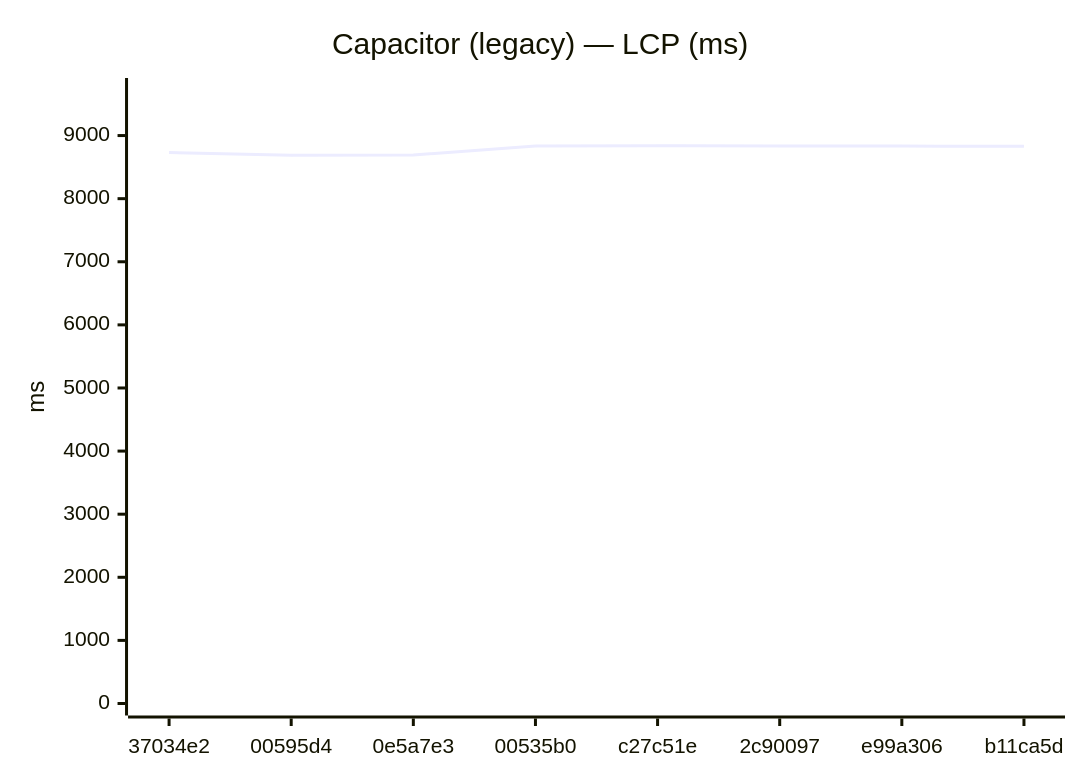
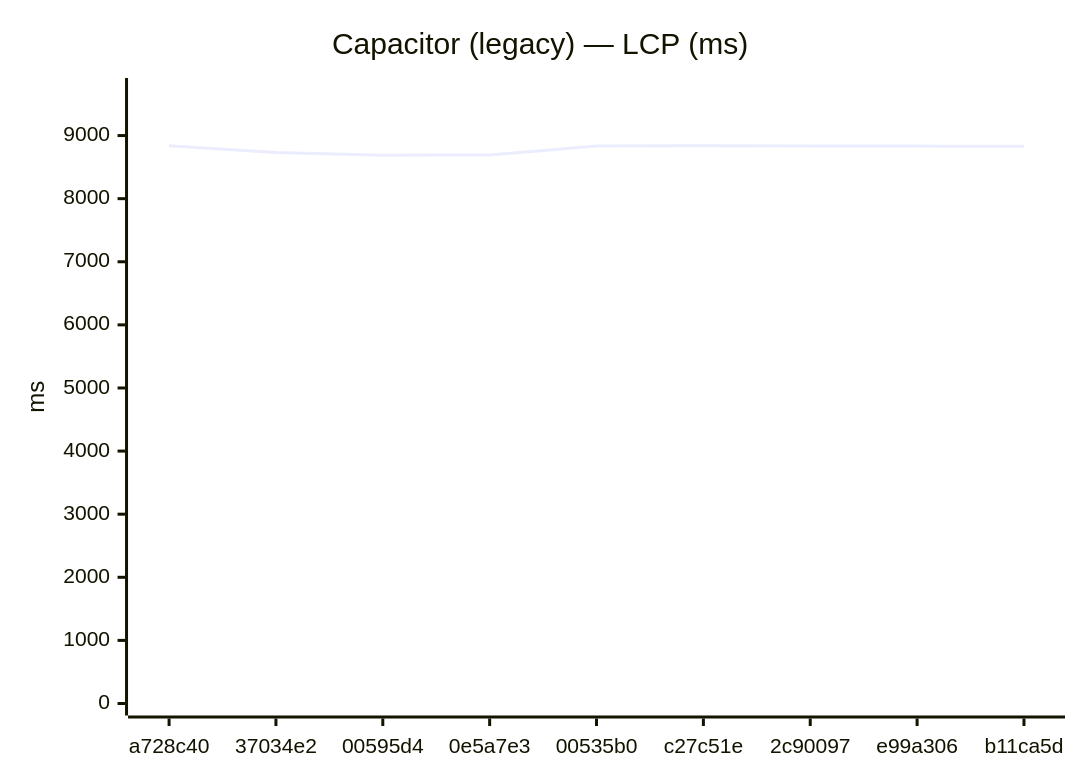
One commit to Metaheurist/Rianell changed the fifth of 24 diagrams in benchmarks/compare.md. Above: the diagram before and after it, drawn with Mermaid. The commit also changed other lines of this file and 12 other files, not shown here.

````diff
--- a/benchmarks/compare.md
+++ b/benchmarks/compare.md
@@ -78,7 +81,7 @@
 ```mermaid
 xychart-beta
     title "Capacitor (legacy) — LCP (ms)"
-    x-axis ["37034e2", "00595d4", "0e5a7e3", "00535b0", "c27c51e", "2c90097", "e99a306", "b11ca5d"]
+    x-axis ["a728c40", "37034e2", "00595d4", "0e5a7e3", "00535b0", "c27c51e", "2c90097", "e99a306", "b11ca5d"]
     y-axis "ms" 0 --> 9722
-    line [8731, 8688, 8693, 8834, 8838, 8835, 8833, 8830]
+    line [8837, 8731, 8688, 8693, 8834, 8838, 8835, 8833, 8830]
 ```
````
